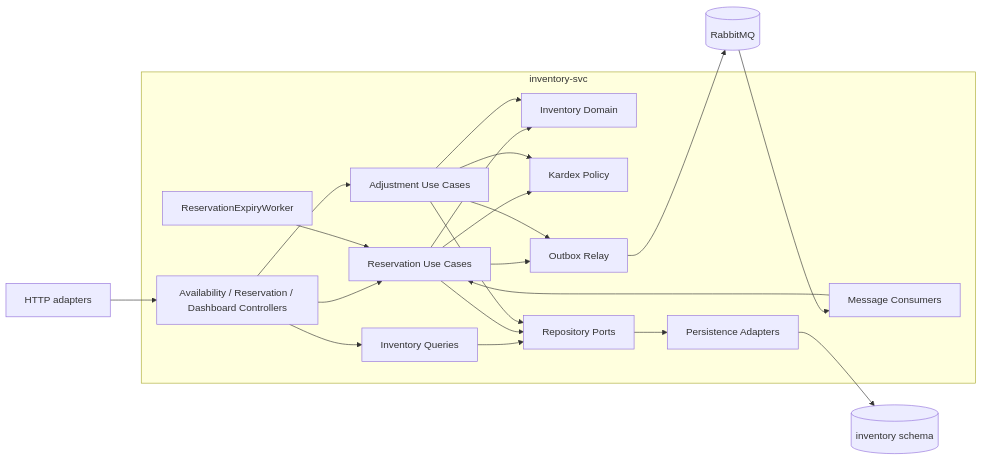
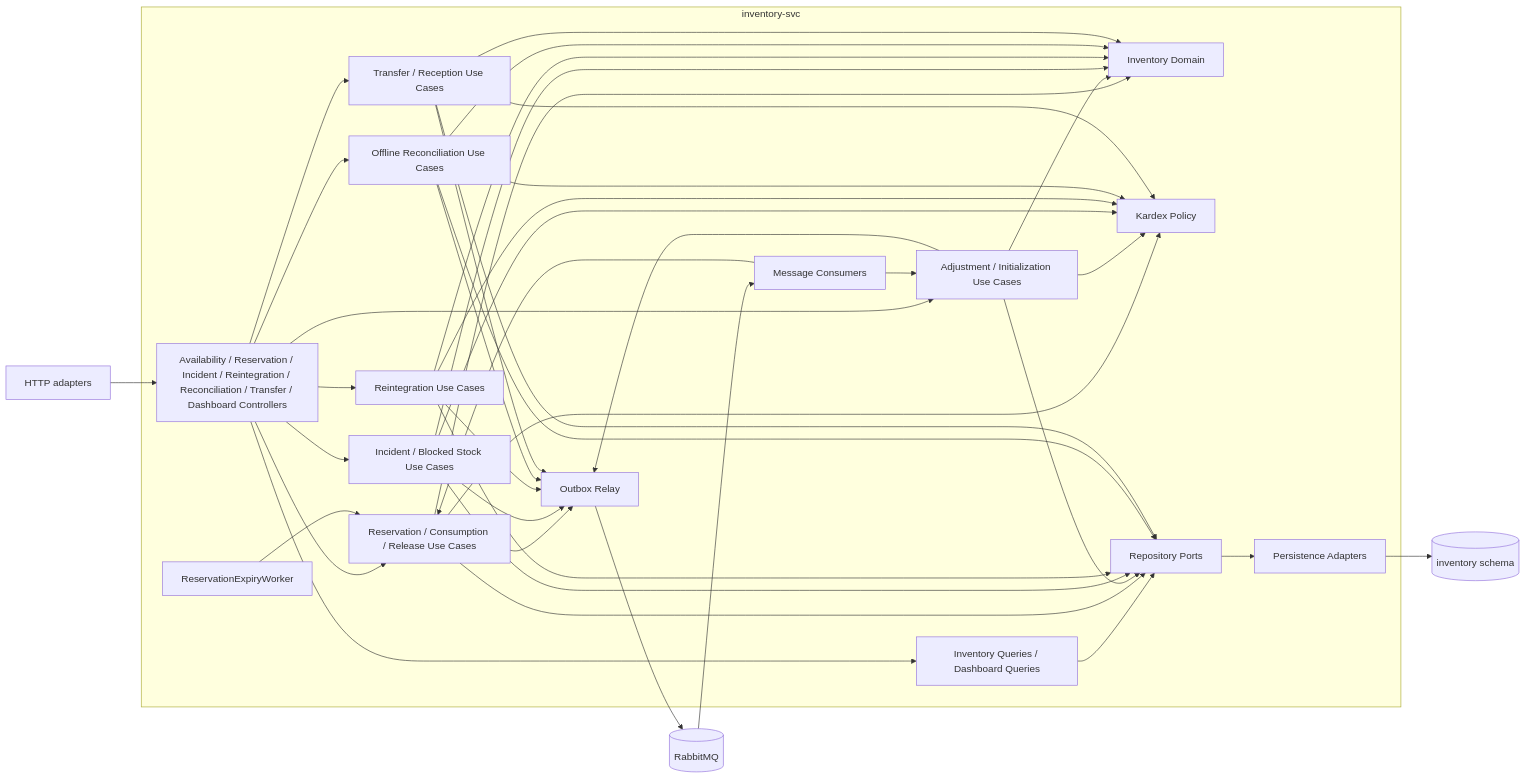
One commit to Taller-SW-Web/G6-Productos-Ofertas-docs changed the ninth of 10 diagrams in Arquitectura.md. Above: the diagram before and after it, drawn with Mermaid. The commit also changed other lines of this file and 9 other files, not shown here.

Commit message:
docs(castilla): aplicar correcciones P0 de actores canonicos y diagramas C4

````diff
--- a/Arquitectura.md
+++ b/Arquitectura.md
@@ -2331,42 +2340,67 @@
 ```mermaid
 flowchart LR
   http["HTTP adapters"]
   bus[("RabbitMQ")]
   db[("inventory schema")]
 
   subgraph svc["inventory-svc"]
-    controllers["Availability / Reservation / Dashboard Controllers"]
-    queries["Inventory Queries"]
-    reservation["Reservation Use Cases"]
-    adjustment["Adjustment Use Cases"]
+    controllers["Availability / Reservation / Incident / Reintegration / Reconciliation / Transfer / Dashboard Controllers"]
+    queries["Inventory Queries / Dashboard Queries"]
+    reservation["Reservation / Consumption / Release Use Cases"]
+    adjustment["Adjustment / Initialization Use Cases"]
+    incidents["Incident / Blocked Stock Use Cases"]
+    reintegration["Reintegration Use Cases"]
+    reconciliation["Offline Reconciliation Use Cases"]
+    transfers["Transfer / Reception Use Cases"]
     domain["Inventory Domain"]
     expiry["ReservationExpiryWorker"]
     kardex["Kardex Policy"]
     repos["Repository Ports"]
     adapters["Persistence Adapters"]
     consumers["Message Consumers"]
     outbox["Outbox Relay"]
   end
 
   http --> controllers
   controllers --> queries
   controllers --> reservation
   controllers --> adjustment
+  controllers --> incidents
+  controllers --> reintegration
+  controllers --> reconciliation
+  controllers --> transfers
 
   queries --> repos
   reservation --> domain
   adjustment --> domain
+  incidents --> domain
+  reintegration --> domain
+  reconciliation --> domain
+  transfers --> domain
   expiry --> reservation
 
   reservation --> kardex
   adjustment --> kardex
+  incidents --> kardex
+  reintegration --> kardex
+  reconciliation --> kardex
+  transfers --> kardex
 
   reservation --> repos
   adjustment --> repos
+  incidents --> repos
+  reintegration --> repos
+  reconciliation --> repos
+  transfers --> repos
   repos --> adapters --> db
 
   bus --> consumers --> reservation
+  consumers --> adjustment
 
   reservation --> outbox --> bus
   adjustment --> outbox
+  incidents --> outbox
+  reintegration --> outbox
+  reconciliation --> outbox
+  transfers --> outbox
 ```
````
